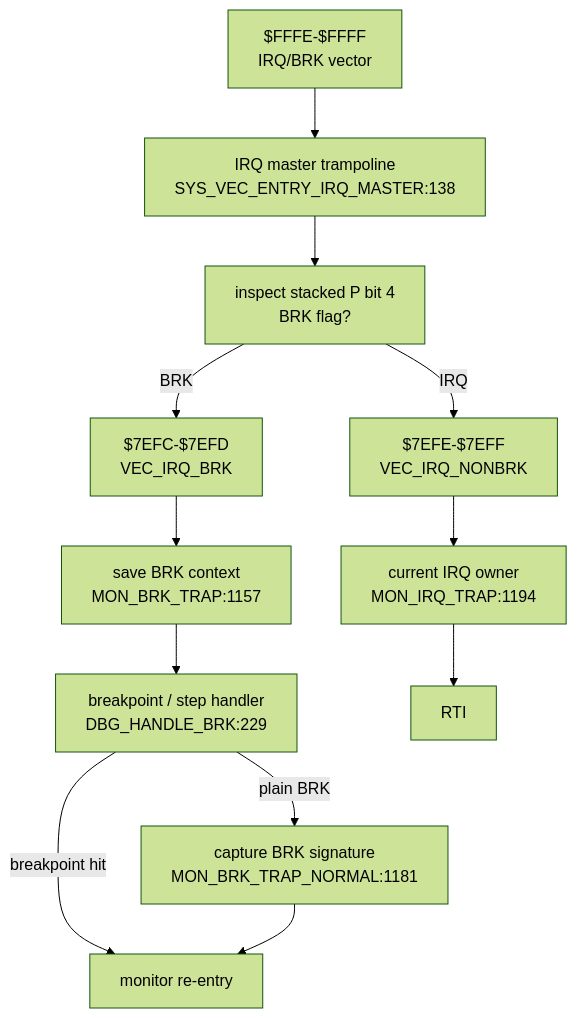
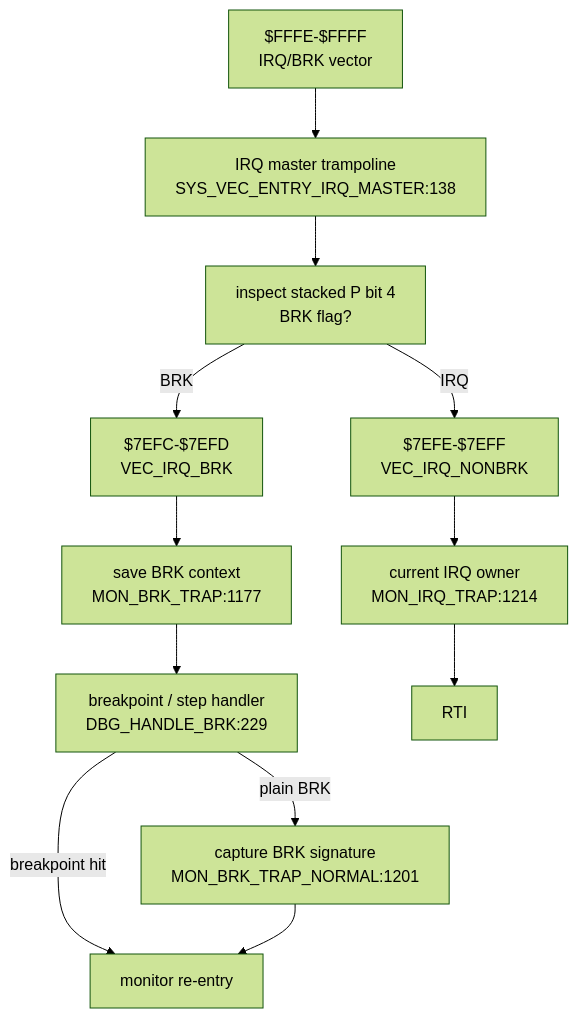
Before and after one commit to 95westus/R-YORS: the fifth of 6 diagrams in DOC/GENERATED/INTERRUPT_VECTOR_MAP.md, drawn with Mermaid (forest theme). The commit also changed other lines of this file and 85 other files, not shown here.

````diff
--- a/DOC/GENERATED/INTERRUPT_VECTOR_MAP.md
+++ b/DOC/GENERATED/INTERRUPT_VECTOR_MAP.md
@@ -75,14 +75,14 @@
 ```mermaid
 flowchart TD
     IRQV["$FFFE-$FFFF<br/>IRQ/BRK vector"] --> IRQMASTER["IRQ master trampoline<br/>SYS_VEC_ENTRY_IRQ_MASTER:138"]
     IRQMASTER --> SPLIT["inspect stacked P bit 4<br/>BRK flag?"]
     SPLIT -->|BRK| VECBRK["$7EFC-$7EFD<br/>VEC_IRQ_BRK"]
     SPLIT -->|IRQ| VECIRQ["$7EFE-$7EFF<br/>VEC_IRQ_NONBRK"]
-    VECBRK --> BRKTRAP["save BRK context<br/>MON_BRK_TRAP:1157"]
+    VECBRK --> BRKTRAP["save BRK context<br/>MON_BRK_TRAP:1177"]
     BRKTRAP --> DBGBRK["breakpoint / step handler<br/>DBG_HANDLE_BRK:229"]
     DBGBRK -->|breakpoint hit| REENTER["monitor re-entry"]
-    DBGBRK -->|plain BRK| BRKNORMAL["capture BRK signature<br/>MON_BRK_TRAP_NORMAL:1181"]
+    DBGBRK -->|plain BRK| BRKNORMAL["capture BRK signature<br/>MON_BRK_TRAP_NORMAL:1201"]
     BRKNORMAL --> REENTER
-    VECIRQ --> IRQTRAP["current IRQ owner<br/>MON_IRQ_TRAP:1194"]
+    VECIRQ --> IRQTRAP["current IRQ owner<br/>MON_IRQ_TRAP:1214"]
     IRQTRAP --> RTIIRQ["RTI"]
 ```
````
